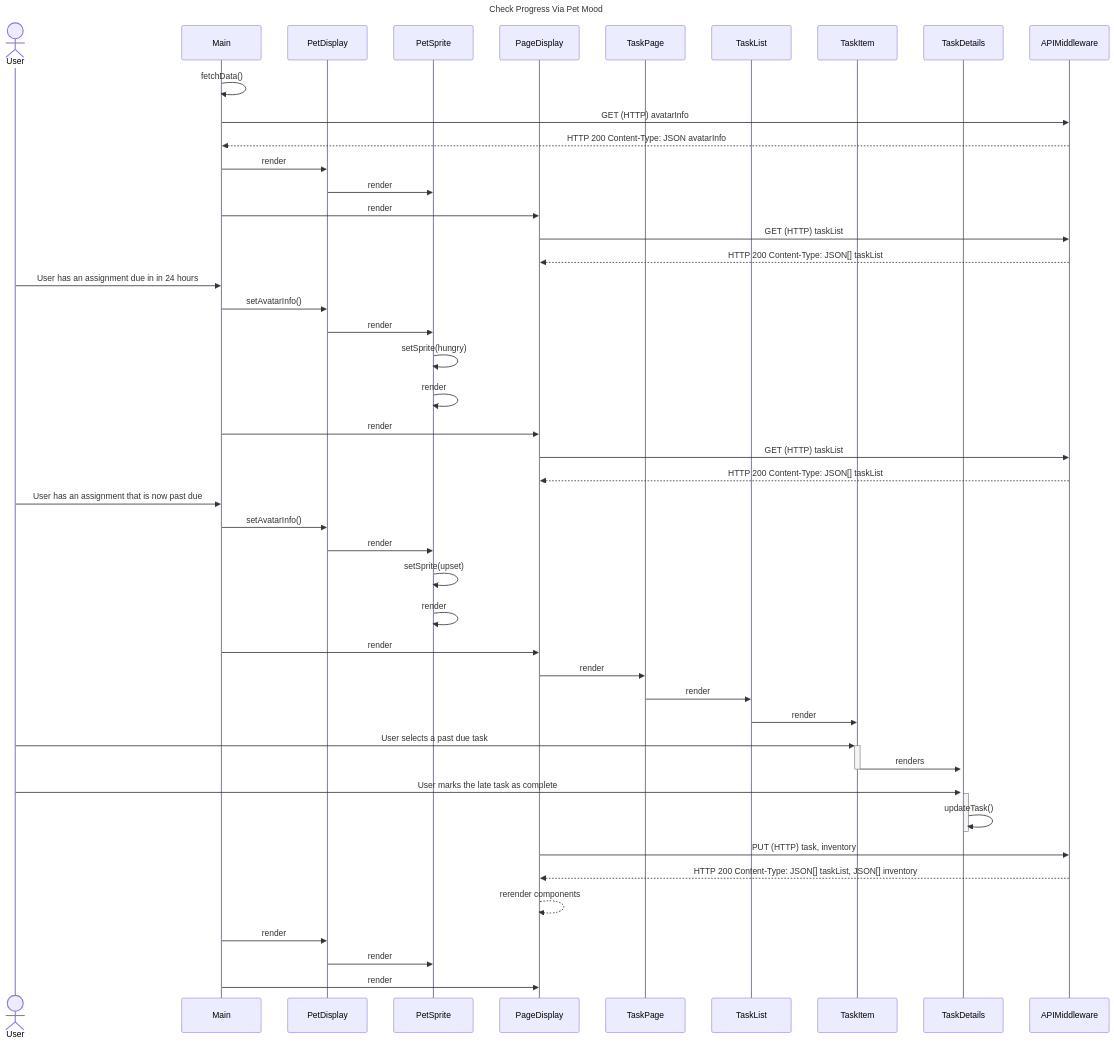
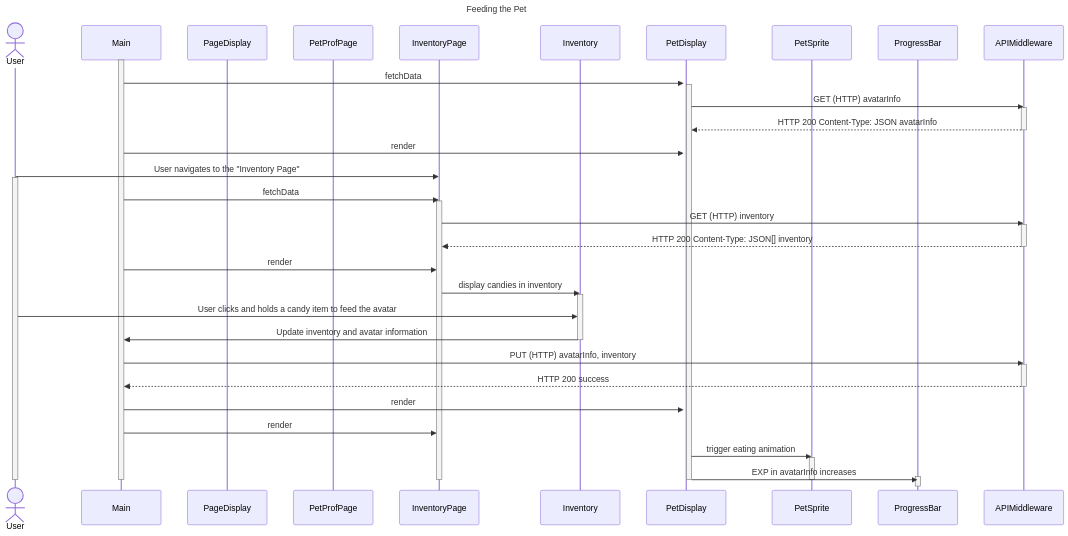
Before and after one commit to Capstone-Projects-2023-Spring/project-virtual-pet: the third of 7 diagrams in documentation/docs/system-architecture/sequence-diagrams.md, drawn with Mermaid. The commit also changed other lines of this file and 1 other file, not shown here.

````diff
--- a/documentation/docs/system-architecture/sequence-diagrams.md
+++ b/documentation/docs/system-architecture/sequence-diagrams.md
@@ -127,60 +77,61 @@
 ```mermaid
 sequenceDiagram
-title Check Progress Via Pet Mood
-    actor u as User
+title Feeding the Pet
+    actor User
     participant Main
+    participant PageDisplay
+    participant PetProfPage
+    participant InventoryPage
+    participant Inventory
     participant PetDisplay
     participant PetSprite
-    participant PageDisplay
-    participant TaskPage
-    participant TaskList
-    participant TaskItem
-    participant TaskDetails
+    participant ProgressBar
     participant APIMiddleware
-    Main ->> Main: fetchData()
-    Main ->> APIMiddleware: GET (HTTP) avatarInfo
-    APIMiddleware -->> Main: HTTP 200 Content-Type: JSON avatarInfo
+
+    %%set up pet display 
+    activate Main
+    Main ->>+ PetDisplay: fetchData
+    activate PetDisplay
+    PetDisplay ->> APIMiddleware: GET (HTTP) avatarInfo
+    activate APIMiddleware
+    APIMiddleware -->> PetDisplay: HTTP 200 Content-Type: JSON avatarInfo
+    deactivate APIMiddleware
     Main ->> PetDisplay: render
-    PetDisplay ->> PetSprite: render
-    Main ->> PageDisplay: render
+    
+    
+    %% set up inventory page display
+    User ->>InventoryPage: User navigates to the "Inventory Page"
+    activate User
+    Main ->> InventoryPage: fetchData
+    activate InventoryPage
+    InventoryPage ->> APIMiddleware: GET (HTTP) inventory
+    activate APIMiddleware
+    APIMiddleware -->> InventoryPage: HTTP 200 Content-Type: JSON[] inventory
+    deactivate APIMiddleware
+    Main ->> InventoryPage: render
+    InventoryPage ->> Inventory: display candies in inventory
+    activate Inventory
 
+    %% click/hold
+    User ->> Inventory: User clicks and holds a candy item to feed the avatar
+    Inventory ->> Main: Update inventory and avatar information
+    deactivate Inventory
+    Main ->> APIMiddleware: PUT (HTTP) avatarInfo, inventory
+    activate APIMiddleware
+    APIMiddleware -->> Main: HTTP 200 success
+    deactivate APIMiddleware
     
-    PageDisplay ->> APIMiddleware: GET (HTTP) taskList
-    APIMiddleware -->> PageDisplay: HTTP 200 Content-Type: JSON[] taskList
-   
-    u ->> Main: User has an assignment due in in 24 hours
-    Main ->> PetDisplay: setAvatarInfo()
-    PetDisplay ->> PetSprite: render
-    PetSprite ->> PetSprite: setSprite(hungry)
-    PetSprite ->> PetSprite: render
-    Main ->> PageDisplay: render
-    PageDisplay ->> APIMiddleware: GET (HTTP) taskList
-    APIMiddleware -->> PageDisplay: HTTP 200 Content-Type: JSON[] taskList
-  
-
-    u ->> Main: User has an assignment that is now past due
-    Main ->> PetDisplay: setAvatarInfo()
-    PetDisplay ->> PetSprite: render
-    PetSprite ->> PetSprite: setSprite(upset)
-    PetSprite ->> PetSprite: render
-    Main ->> PageDisplay: render
-    PageDisplay ->> TaskPage: render
-    TaskPage ->> TaskList: render
-    TaskList ->> TaskItem: render
-    u ->>+ TaskItem: User selects a past due task 
-    TaskItem ->>+ TaskDetails: renders
-    deactivate TaskItem
-    u ->>+ TaskDetails: User marks the late task as complete
-    TaskDetails ->> TaskDetails: updateTask()  
-    deactivate TaskDetails
-
-
-
-    PageDisplay->>APIMiddleware: PUT (HTTP) task, inventory
-    APIMiddleware-->>PageDisplay: HTTP 200 Content-Type: JSON[] taskList, JSON[] inventory
-    PageDisplay -->> PageDisplay: rerender components
     Main ->> PetDisplay: render
-    PetDisplay ->> PetSprite: render
-
-    Main ->> PageDisplay: render
+    Main ->> InventoryPage: render
+    PetDisplay ->> PetSprite: trigger eating animation
+    activate PetSprite
+    PetDisplay ->> ProgressBar: EXP in avatarInfo increases
+    activate ProgressBar
+    
+    deactivate PetDisplay
+    deactivate Main
+    deactivate User
+    deactivate PetSprite
+    deactivate ProgressBar
+    deactivate InventoryPage
 ```
````
